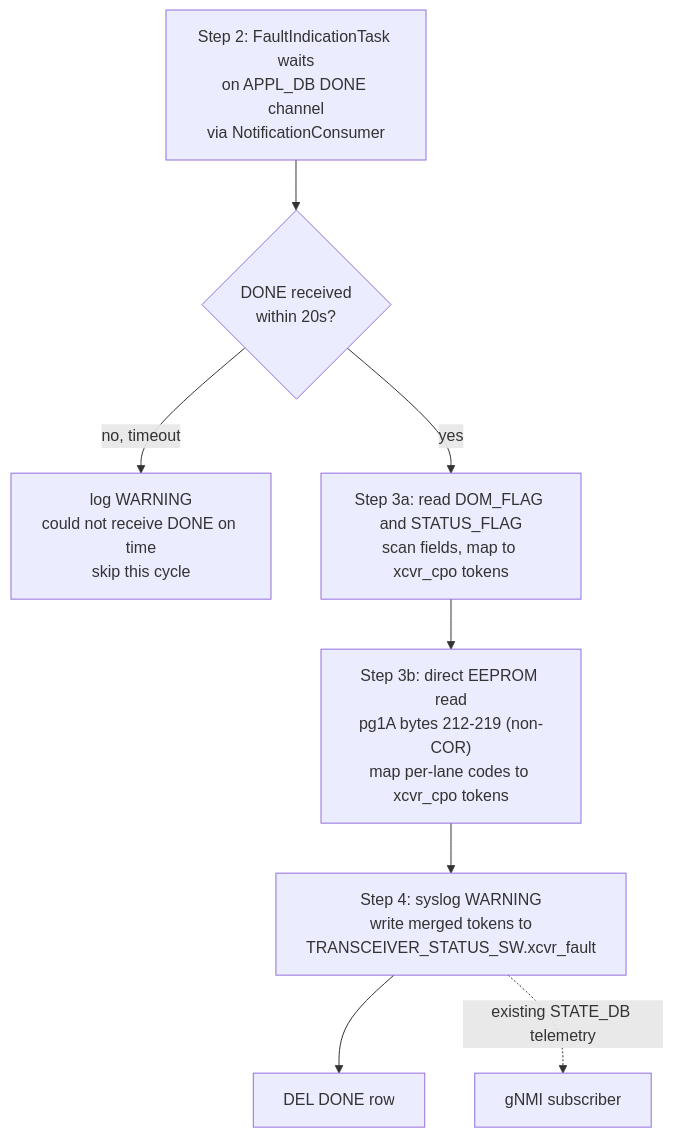
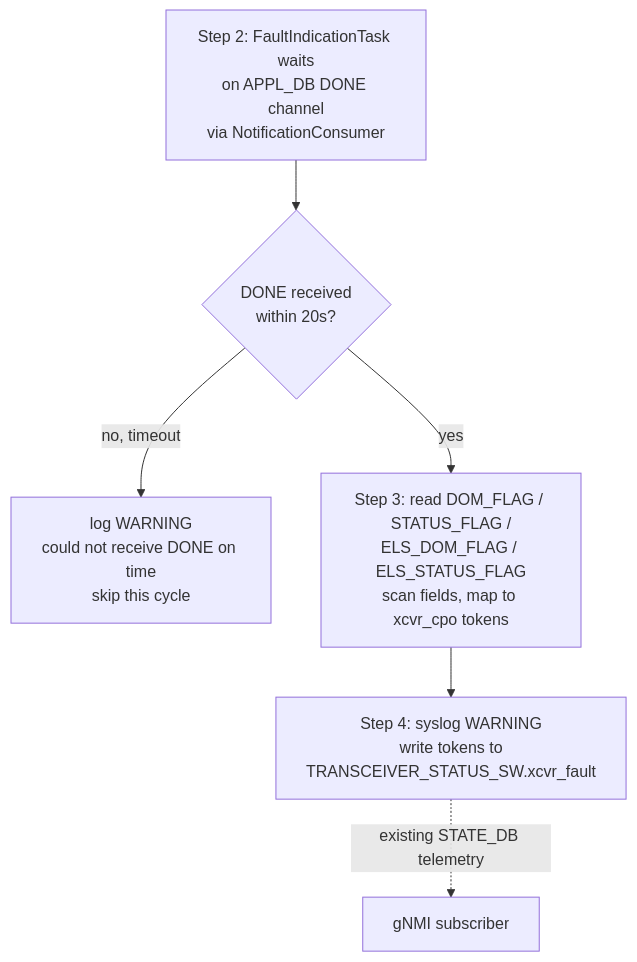
One commit to noaOrMlnx/SONiC changed the third of 4 diagrams in doc/cpo-mellanox/cpo_fault_indication.md. Above: the diagram before and after it, drawn with Mermaid. The commit also changed other lines of this file, not shown here.

Commit message:
Align design to dom_mgr changes

````diff
--- a/doc/cpo-mellanox/cpo_fault_indication.md
+++ b/doc/cpo-mellanox/cpo_fault_indication.md
@@ -140,11 +144,9 @@
 ```mermaid
 flowchart TD
   wait["Step 2: FaultIndicationTask waits<br/>on APPL_DB DONE channel<br/>via NotificationConsumer"]
   wait --> check{"DONE received<br/>within 20s?"}
   check -->|no, timeout| logto["log WARNING<br/>could not receive DONE on time<br/>skip this cycle"]
-  check -->|yes| parse["Step 3a: read DOM_FLAG and STATUS_FLAG<br/>scan fields, map to xcvr_cpo tokens"]
-  parse --> direct["Step 3b: direct EEPROM read<br/>pg1A bytes 212-219 (non-COR)<br/>map per-lane codes to xcvr_cpo tokens"]
-  direct --> write["Step 4: syslog WARNING<br/>write merged tokens to<br/>TRANSCEIVER_STATUS_SW.xcvr_fault"]
-  write --> cleanup["DEL DONE row"]
+  check -->|yes| parse["Step 3: read DOM_FLAG / STATUS_FLAG /<br/>ELS_DOM_FLAG / ELS_STATUS_FLAG<br/>scan fields, map to xcvr_cpo tokens"]
+  parse --> write["Step 4: syslog WARNING<br/>write tokens to<br/>TRANSCEIVER_STATUS_SW.xcvr_fault"]
   write -.->|existing STATE_DB telemetry| gnmi["gNMI subscriber"]
 ```
````
